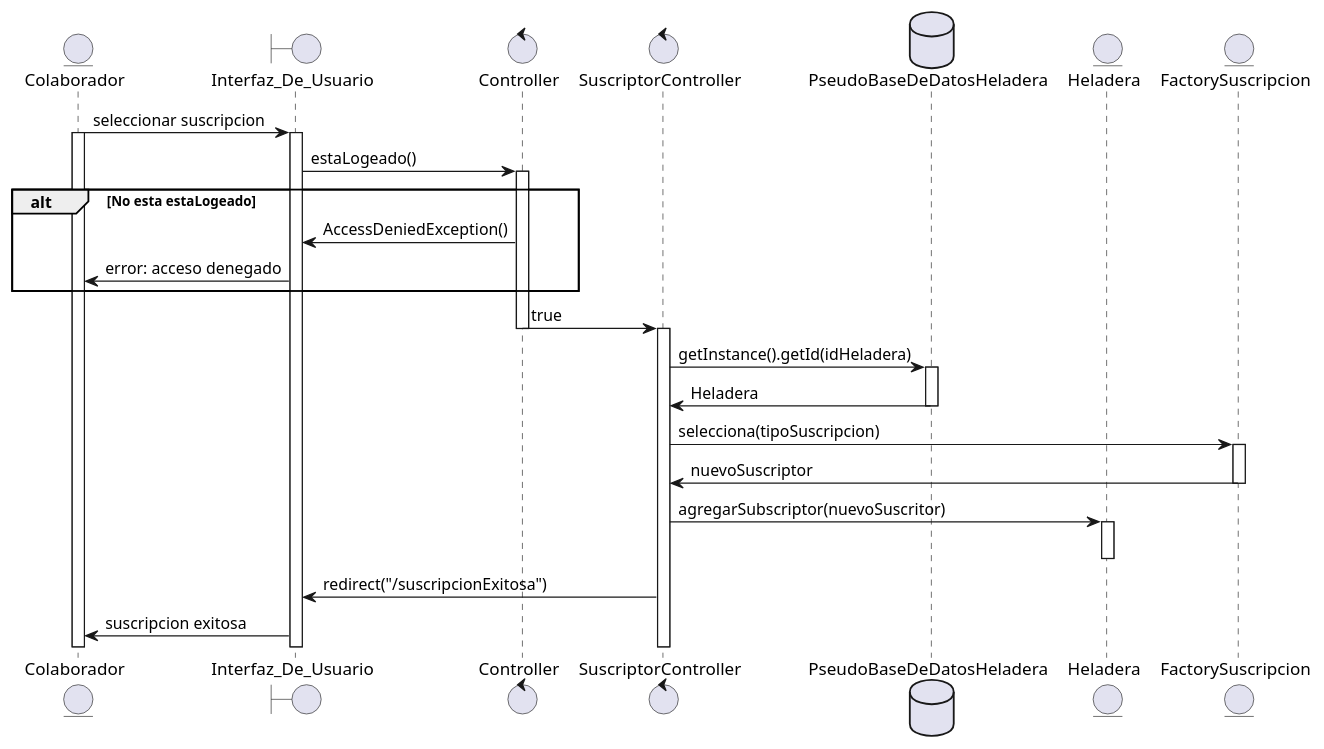
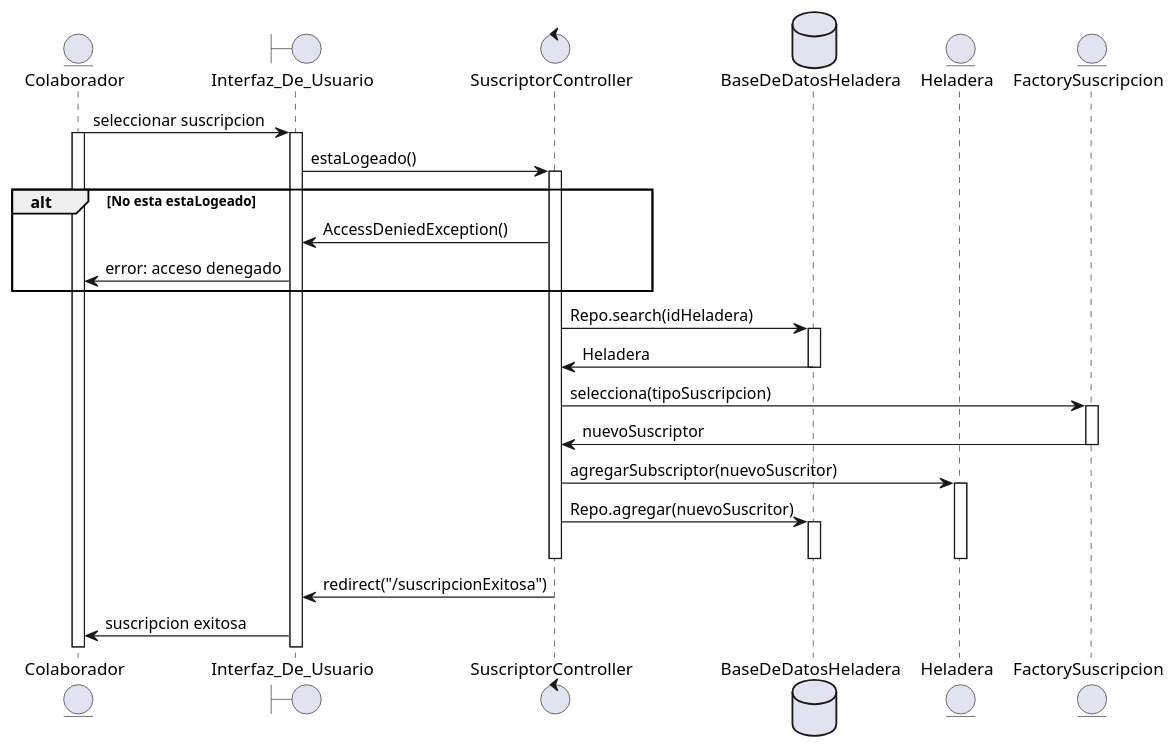
One commit to JBDelupi/TPs---DDS changed the diagram in UMLs/Suscripciones/suscripcion.puml. Above: the diagram before and after it, drawn with PlantUML. The commit also changed 14 other files, not shown here.

```diff
--- a/UMLs/Suscripciones/suscripcion.puml
+++ b/UMLs/Suscripciones/suscripcion.puml
@@ -1,39 +1,40 @@
 @startuml
 
 entity Colaborador
 boundary Interfaz_De_Usuario
-control Controller
 control SuscriptorController
-database PseudoBaseDeDatosHeladera
+database BaseDeDatosHeladera
 entity Heladera
 entity FactorySuscripcion
 
 Colaborador -> Interfaz_De_Usuario: seleccionar suscripcion
 activate Colaborador
 activate Interfaz_De_Usuario
-Interfaz_De_Usuario -> Controller: estaLogeado()
-activate Controller
+Interfaz_De_Usuario -> SuscriptorController: estaLogeado()
+activate SuscriptorController
 
 alt No esta estaLogeado
-    Controller -> Interfaz_De_Usuario: AccessDeniedException()
+    SuscriptorController -> Interfaz_De_Usuario: AccessDeniedException()
     Interfaz_De_Usuario -> Colaborador: error: acceso denegado
 end
 
-Controller -> SuscriptorController: true
-deactivate Controller
-activate SuscriptorController
-SuscriptorController -> PseudoBaseDeDatosHeladera: getInstance().getId(idHeladera)
-activate PseudoBaseDeDatosHeladera
-PseudoBaseDeDatosHeladera -> SuscriptorController: Heladera
-deactivate PseudoBaseDeDatosHeladera
+
+SuscriptorController -> BaseDeDatosHeladera: Repo.search(idHeladera)
+activate BaseDeDatosHeladera
+BaseDeDatosHeladera -> SuscriptorController: Heladera
+deactivate BaseDeDatosHeladera
 SuscriptorController -> FactorySuscripcion: selecciona(tipoSuscripcion)
 activate FactorySuscripcion
 FactorySuscripcion -> SuscriptorController: nuevoSuscriptor
 deactivate FactorySuscripcion
 SuscriptorController -> Heladera: agregarSubscriptor(nuevoSuscritor)
 activate Heladera
+SuscriptorController -> BaseDeDatosHeladera : Repo.agregar(nuevoSuscritor)
+activate BaseDeDatosHeladera
+deactivate BaseDeDatosHeladera
+deactivate SuscriptorController
 deactivate Heladera
 SuscriptorController -> Interfaz_De_Usuario: redirect("/suscripcionExitosa")
 Interfaz_De_Usuario -> Colaborador: suscripcion exitosa
 
 @enduml
```
